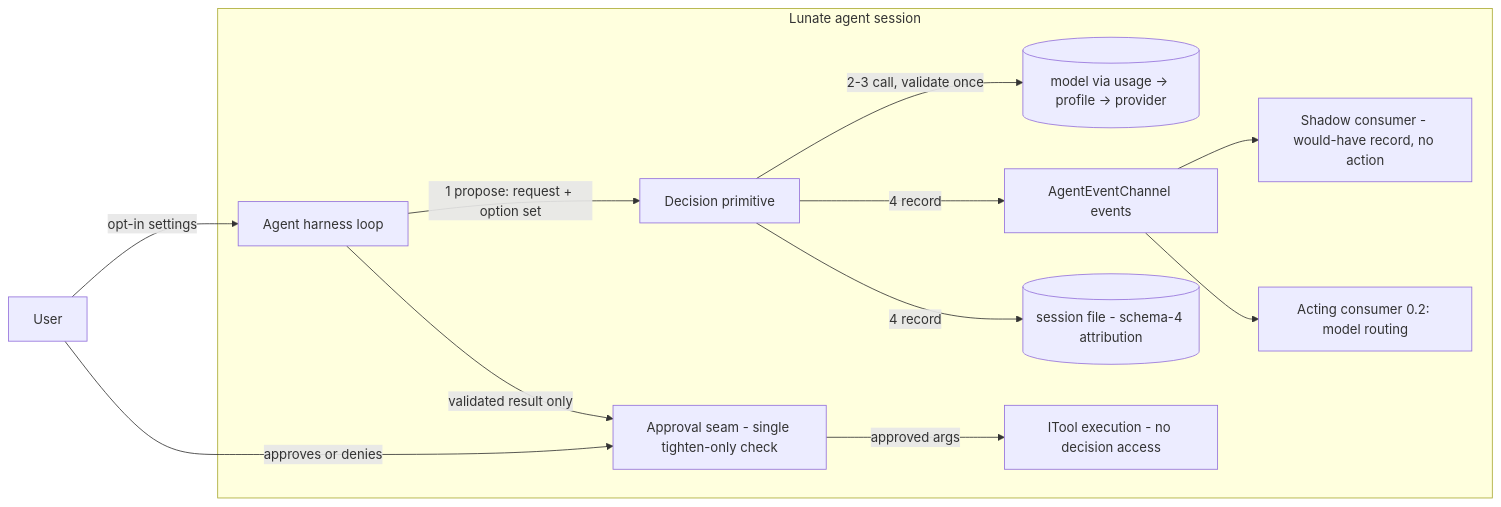
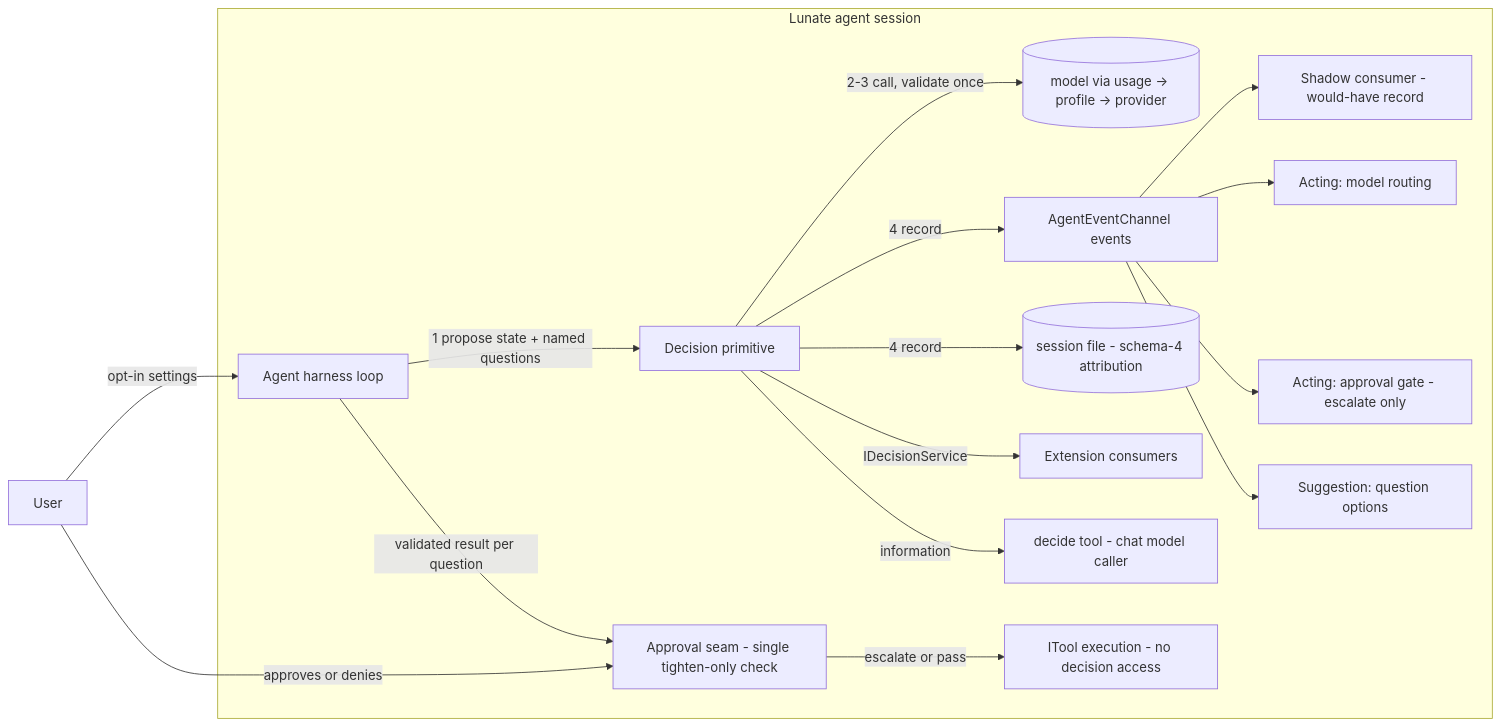
One commit to wdaniel1993/lunate changed the diagram in openspec/changes/decision-layer/design.md. Above: the diagram before and after it, drawn with Mermaid. The commit also changed other lines of this file, not shown here.

Commit message:
docs(openspec): redesign decision-layer as a general primitive (#183)

````diff
--- a/openspec/changes/decision-layer/design.md
+++ b/openspec/changes/decision-layer/design.md
@@ -171,15 +182,19 @@
 ```mermaid
 flowchart LR
   subgraph Session[Lunate agent session]
-    Loop[Agent harness loop] -->|1 propose: request + option set| Judge[Decision primitive]
+    Loop[Agent harness loop] -->|1 propose state + named questions| Judge[Decision primitive]
     Judge -->|2-3 call, validate once| Model[(model via usage -> profile -> provider)]
     Judge -->|4 record| Events[AgentEventChannel events]
     Judge -->|4 record| SessionFile[(session file - schema-4 attribution)]
-    Loop -->|validated result only| Seam[Approval seam - single tighten-only check]
-    Seam -->|approved args| Tool[ITool execution - no decision access]
-    Events --> Shadow[Shadow consumer - would-have record, no action]
-    Events --> Acting[Acting consumer 0.2: model routing]
+    Loop -->|validated result per question| Seam[Approval seam - single tighten-only check]
+    Seam -->|escalate or pass| Tool[ITool execution - no decision access]
+    Judge -->|IDecisionService| Ext[Extension consumers]
+    Events --> Shadow[Shadow consumer - would-have record]
+    Events --> Routing[Acting: model routing]
+    Events --> Ask[Acting: approval gate - escalate only]
+    Events --> Suggest[Suggestion: question options]
+    Judge -->|information| DecideTool[decide tool - chat model caller]
   end
   User[User] -->|opt-in settings| Loop
   User -->|approves or denies| Seam
 ```
````
